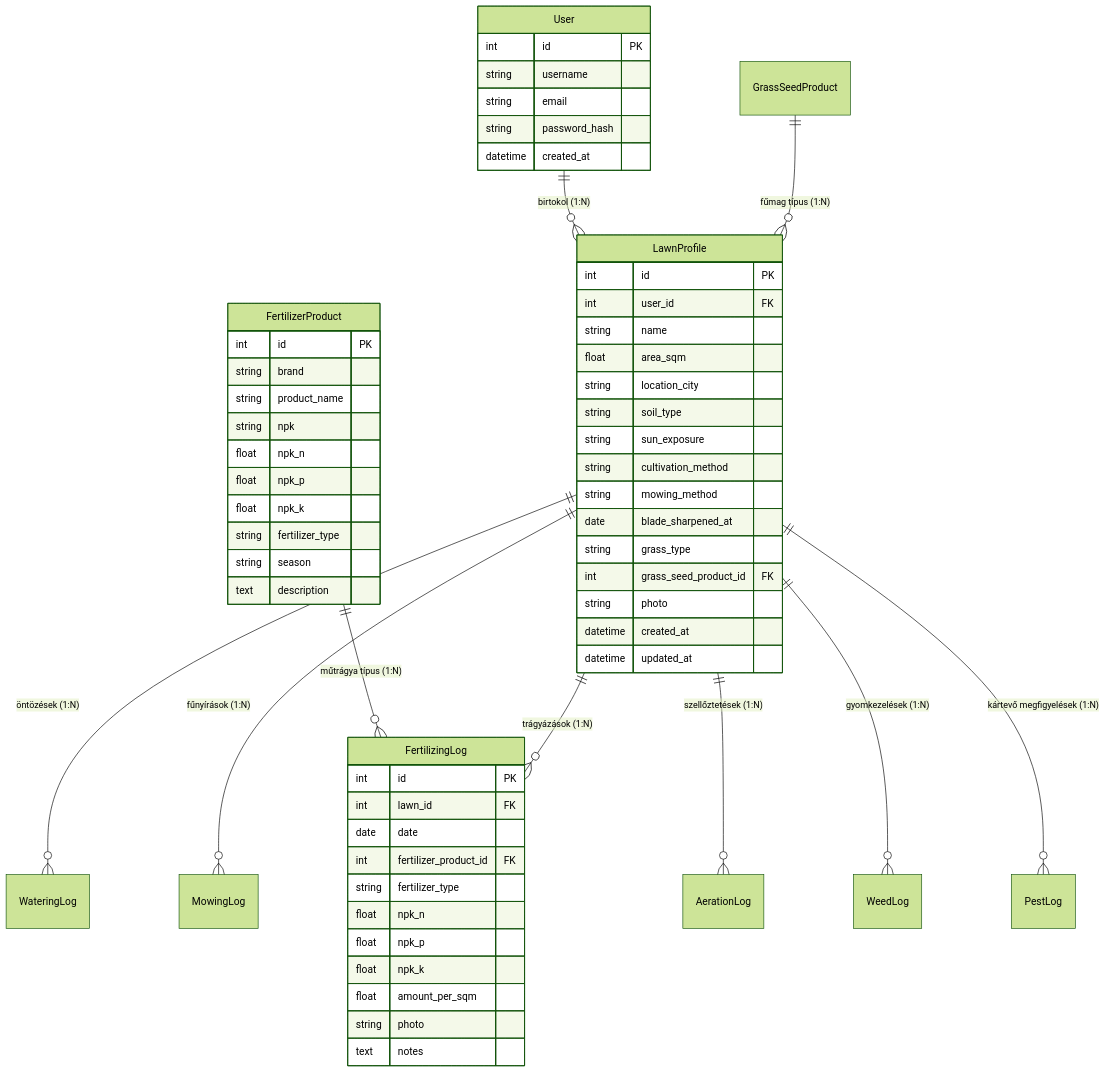
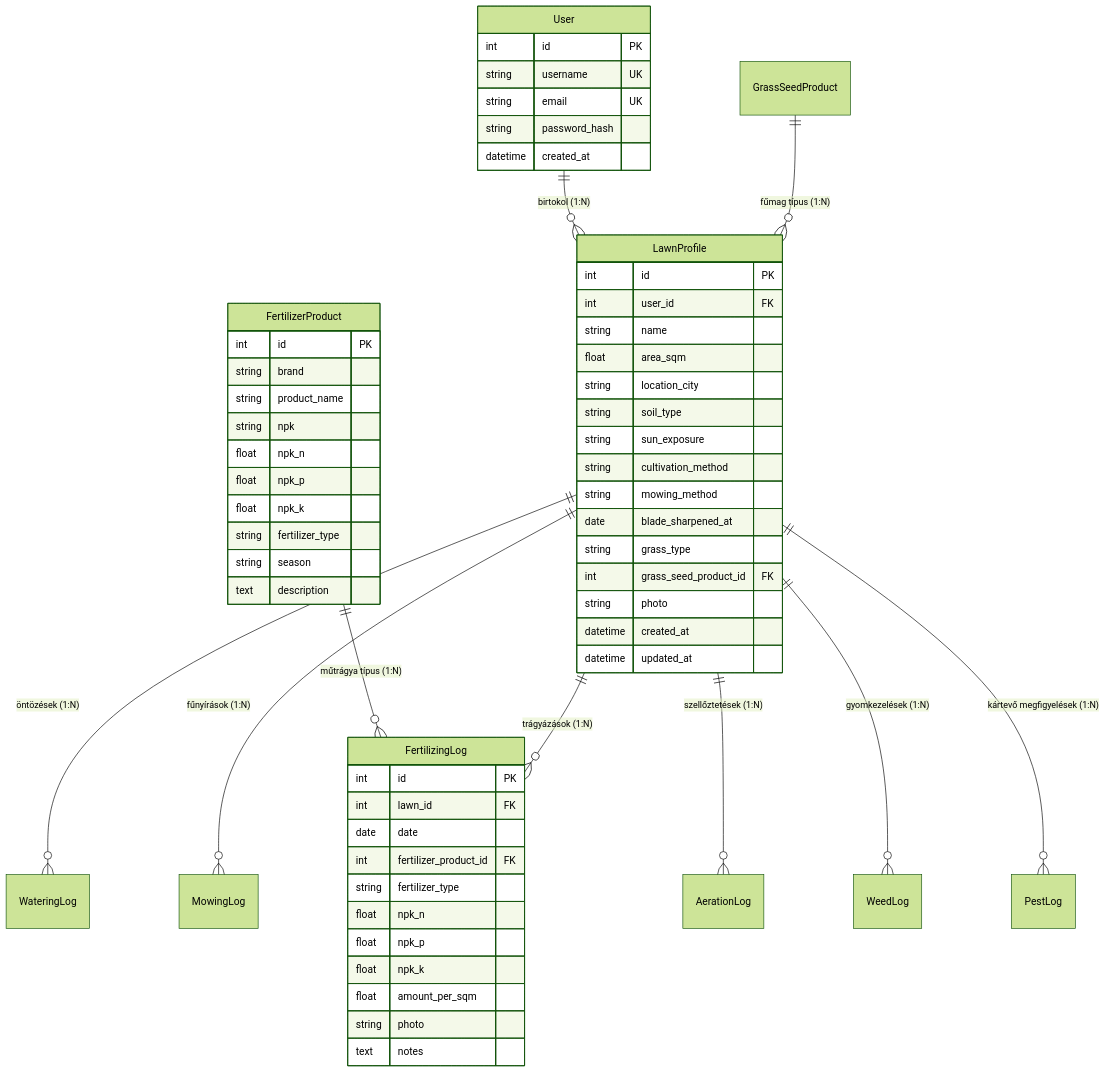
The diagram in README.md (JosephWolf1986/GyepMester), drawn with Mermaid (forest theme) before and after one commit. The commit also changed other lines of this file, not shown here.

````diff
--- a/README.md
+++ b/README.md
@@ -62,66 +96,66 @@
 ```mermaid
 erDiagram
     User ||--o{ LawnProfile : "birtokol (1:N)"
     GrassSeedProduct ||--o{ LawnProfile : "fűmag típus (1:N)"
     FertilizerProduct ||--o{ FertilizingLog : "műtrágya típus (1:N)"
     
     LawnProfile ||--o{ WateringLog : "öntözések (1:N)"
     LawnProfile ||--o{ MowingLog : "fűnyírások (1:N)"
     LawnProfile ||--o{ FertilizingLog : "trágyázások (1:N)"
     LawnProfile ||--o{ AerationLog : "szellőztetések (1:N)"
     LawnProfile ||--o{ WeedLog : "gyomkezelések (1:N)"
     LawnProfile ||--o{ PestLog : "kártevő megfigyelések (1:N)"
 
     User {
         int id PK
-        string username
-        string email
+        string username UK
+        string email UK
         string password_hash
         datetime created_at
     }
 
     LawnProfile {
         int id PK
         int user_id FK
         string name
         float area_sqm
         string location_city
         string soil_type
         string sun_exposure
         string cultivation_method
         string mowing_method
         date blade_sharpened_at
         string grass_type
         int grass_seed_product_id FK
         string photo
         datetime created_at
         datetime updated_at
     }
 
     FertilizerProduct {
         int id PK
         string brand
         string product_name
         string npk
         float npk_n
         float npk_p
         float npk_k
         string fertilizer_type
         string season
         text description
     }
 
     FertilizingLog {
         int id PK
         int lawn_id FK
         date date
         int fertilizer_product_id FK
         string fertilizer_type
         float npk_n
         float npk_p
         float npk_k
         float amount_per_sqm
         string photo
         text notes
     }
 ```
````
